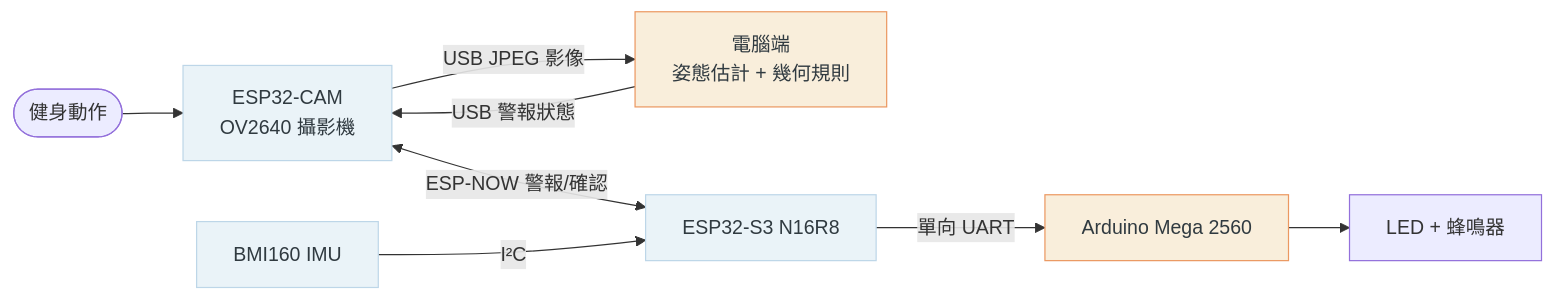
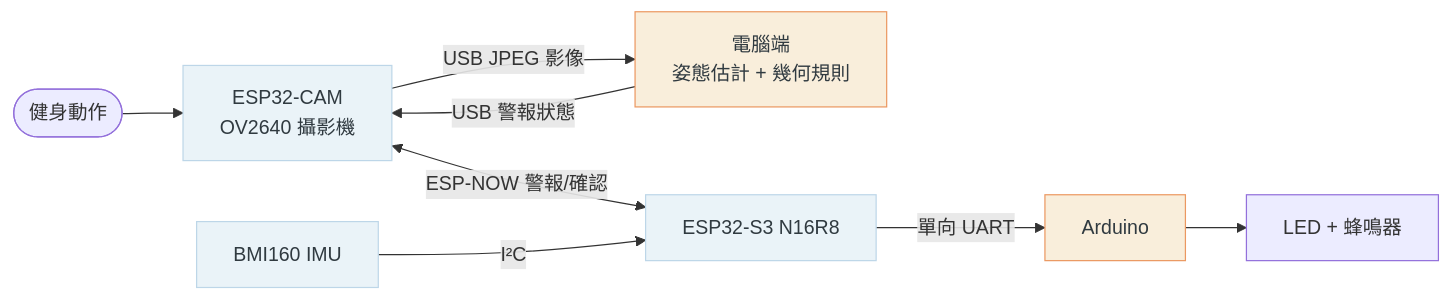
The diagram in README_zh_hk.md (Steven-ZYC/int4089-fitness-aid-bot), drawn with Mermaid before and after one commit. The commit also changed other lines of this file and 71 other files, not shown here.

````diff
--- a/README_zh_hk.md
+++ b/README_zh_hk.md
@@ -67,14 +67,14 @@
 ```mermaid
 flowchart LR
     U([健身動作]) --> CAM[ESP32-CAM<br/>OV2640 攝影機]
     CAM -->|USB JPEG 影像| PC[電腦端<br/>姿態估計 + 幾何規則]
     PC -->|USB 警報狀態| CAM
     CAM <-->|ESP-NOW 警報/確認| S3[ESP32-S3 N16R8]
     IMU[BMI160 IMU] -->|I²C| S3
-    S3 -->|單向 UART| MEGA[Arduino Mega 2560]
-    MEGA --> LED[LED + 蜂鳴器]
+    S3 -->|單向 UART| Arduino[Arduino]
+    Arduino --> LED[LED + 蜂鳴器]
     classDef compute fill:#f9eedb,stroke:#eb9861,color:#303a40;
     classDef sensor fill:#eaf3f8,stroke:#bdd6e8,color:#303a40;
-    class PC,MEGA compute;
+    class PC,Arduino compute;
     class CAM,S3,IMU sensor;
 ```
````
